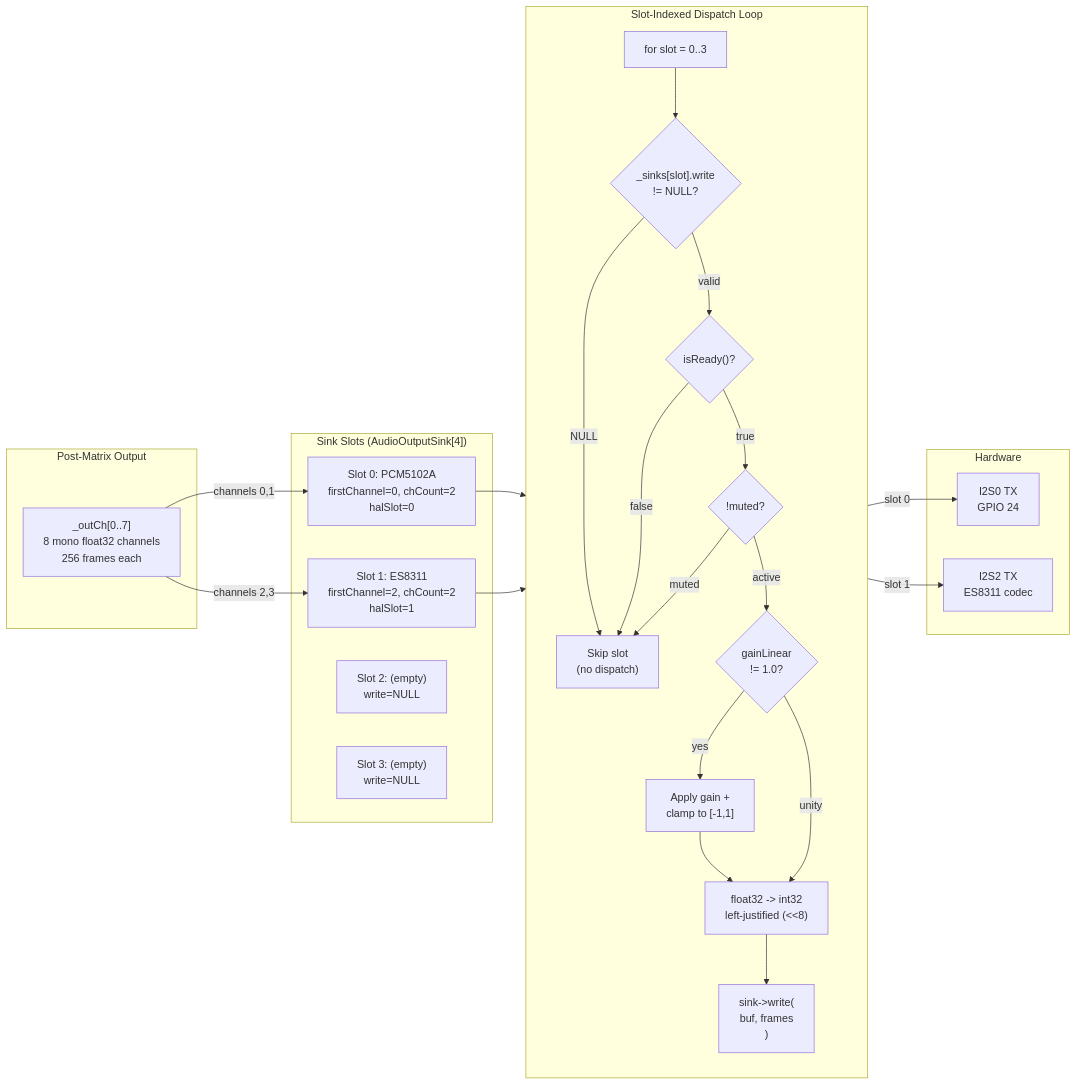
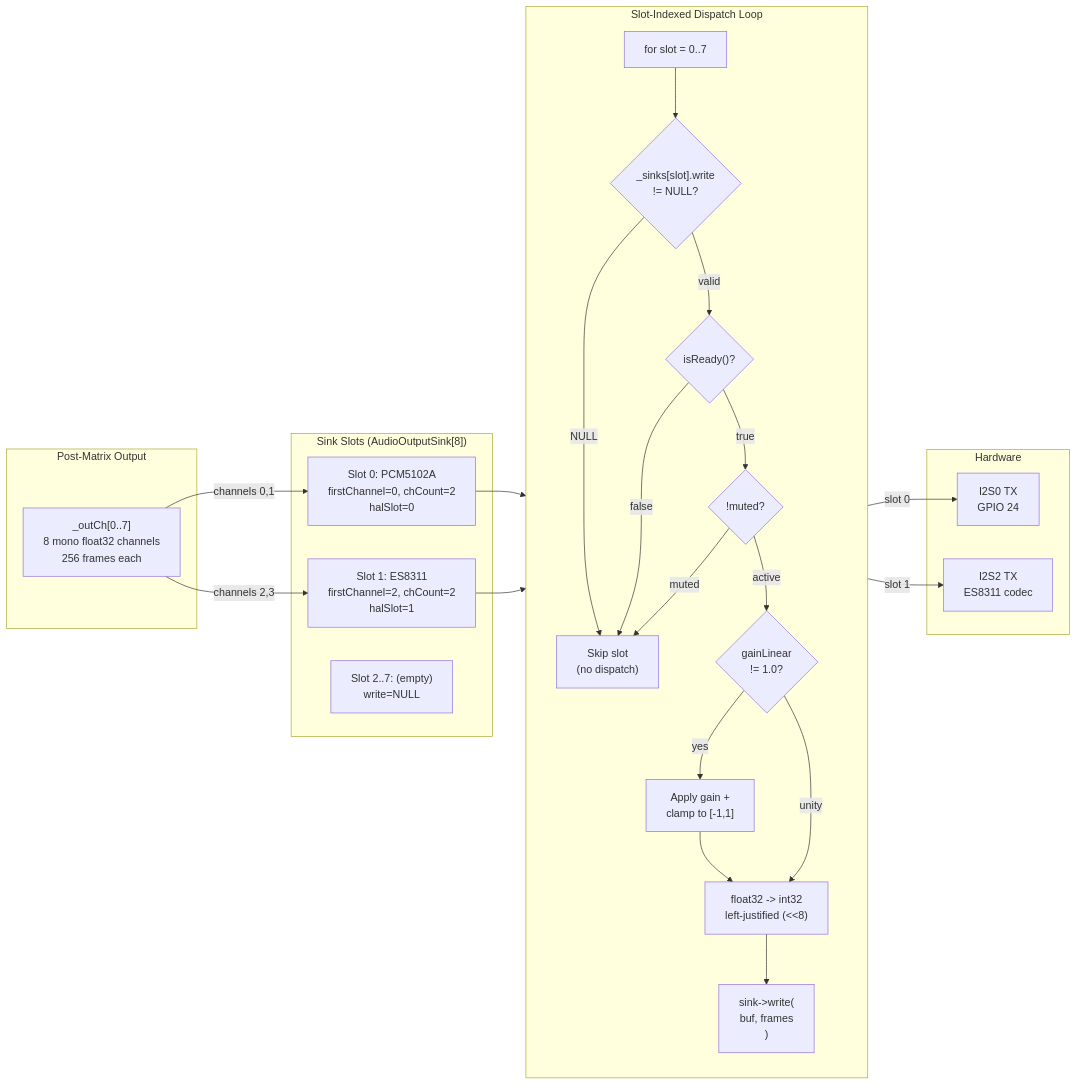
One commit to Schmackos/ALX_Nova_Controller_2 changed the sixth of 10 diagrams in docs/architecture/diagrams.md. Above: the diagram before and after it, drawn with Mermaid. The commit also changed other lines of this file and 21 other files, not shown here.

````diff
--- a/docs/architecture/diagrams.md
+++ b/docs/architecture/diagrams.md
@@ -335,49 +335,48 @@
 ```mermaid
 flowchart LR
     subgraph matrix["Post-Matrix Output"]
         OUT["_outCh[0..7]\n8 mono float32 channels\n256 frames each"]
     end
 
     subgraph dispatch["Slot-Indexed Dispatch Loop"]
         direction TB
-        LOOP["for slot = 0..3"]
+        LOOP["for slot = 0..7"]
         CHK1{"_sinks[slot].write\n!= NULL?"}
         CHK2{"isReady()?"}
         CHK3{"!muted?"}
         GAIN{"gainLinear\n!= 1.0?"}
         APPLY["Apply gain +\nclamp to [-1,1]"]
         CONV["float32 -> int32\nleft-justified (<<8)"]
         WRITE["sink->write(\n  buf, frames\n)"]
         SKIP["Skip slot\n(no dispatch)"]
 
         LOOP --> CHK1
         CHK1 -->|"NULL"| SKIP
         CHK1 -->|"valid"| CHK2
         CHK2 -->|"false"| SKIP
         CHK2 -->|"true"| CHK3
         CHK3 -->|"muted"| SKIP
         CHK3 -->|"active"| GAIN
         GAIN -->|"yes"| APPLY --> CONV
         GAIN -->|"unity"| CONV
         CONV --> WRITE
     end
 
-    subgraph sinks["Sink Slots (AudioOutputSink[4])"]
+    subgraph sinks["Sink Slots (AudioOutputSink[8])"]
         S0["Slot 0: PCM5102A\nfirstChannel=0, chCount=2\nhalSlot=0"]
         S1["Slot 1: ES8311\nfirstChannel=2, chCount=2\nhalSlot=1"]
-        S2["Slot 2: (empty)\nwrite=NULL"]
-        S3["Slot 3: (empty)\nwrite=NULL"]
+        S2["Slot 2..7: (empty)\nwrite=NULL"]
     end
 
     subgraph hw["Hardware"]
         I2S0["I2S0 TX\nGPIO 24"]
         I2S2["I2S2 TX\nES8311 codec"]
     end
 
     OUT -->|"channels 0,1"| S0
     OUT -->|"channels 2,3"| S1
     S0 --> LOOP
     S1 --> LOOP
     WRITE -->|"slot 0"| I2S0
     WRITE -->|"slot 1"| I2S2
 ```
````
